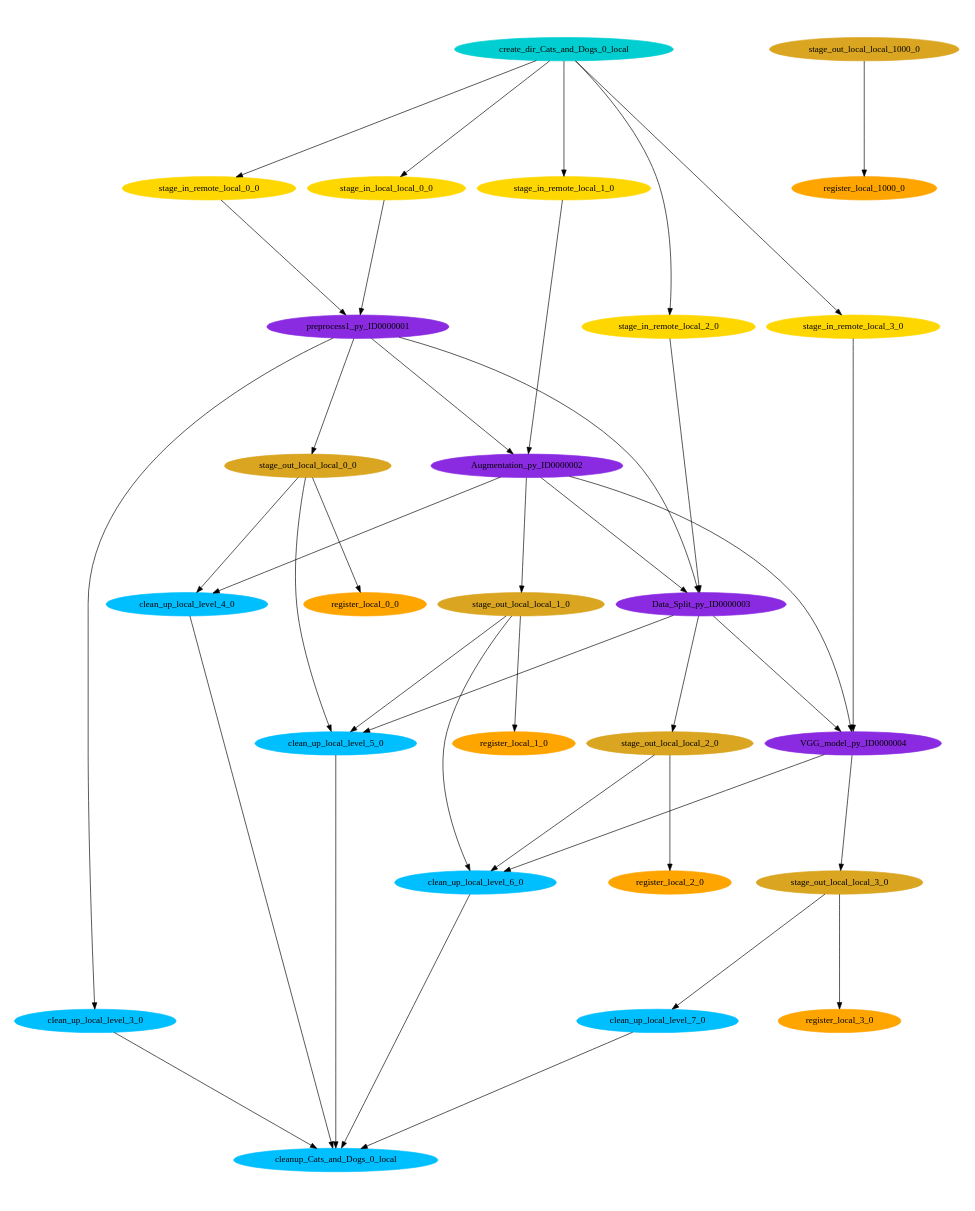
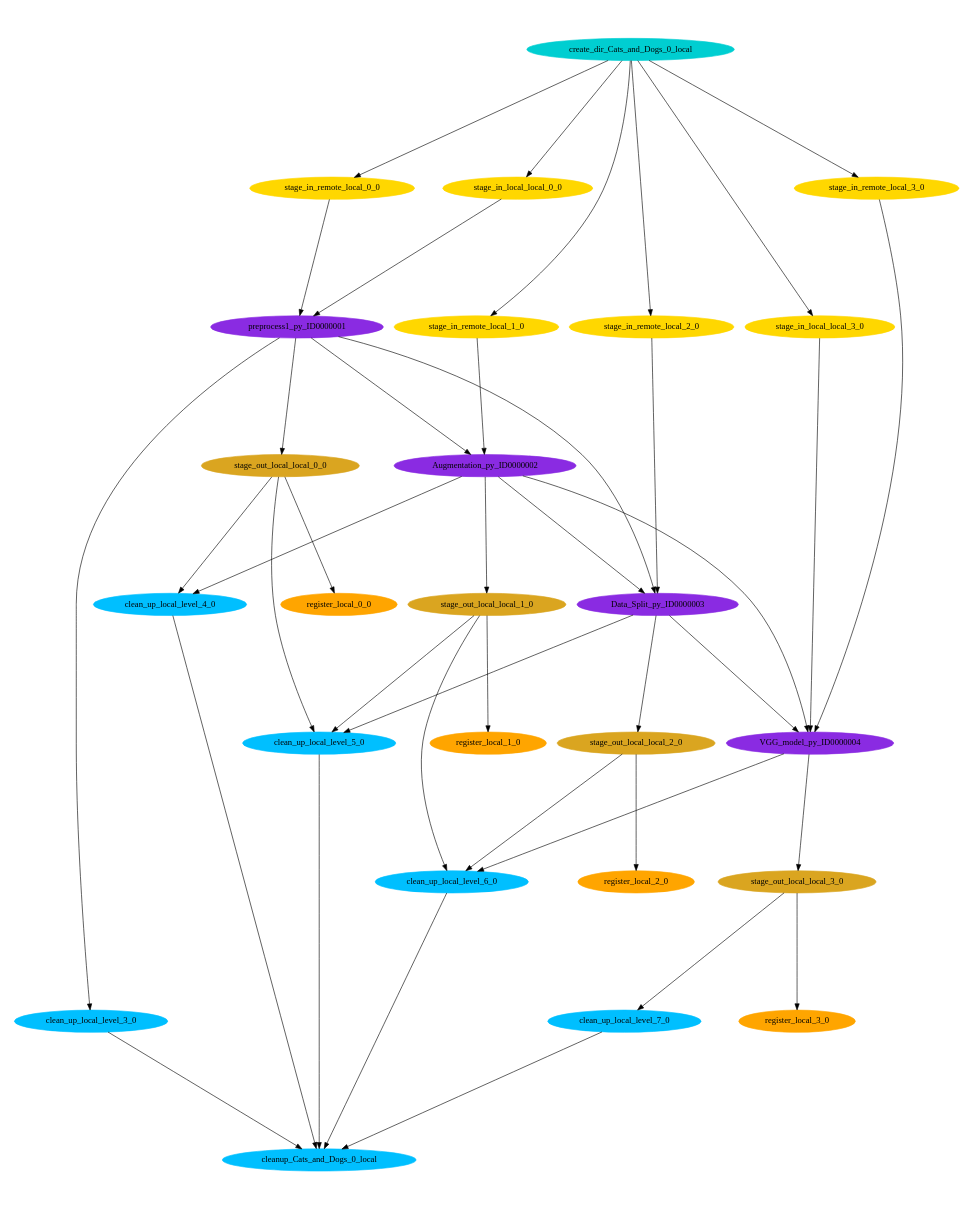
The diagram in shared-data/CatsAndDogs/scitech/pegasus/Cats_and_Dogs/run0002/Cats_and_Dogs-0.dot (ssrujanaa/Scientific-Workflows), drawn with Graphviz before and after one commit. The commit also changed 14259 other files, not shown here.

```diff
--- a/shared-data/CatsAndDogs/scitech/pegasus/Cats_and_Dogs/run0002/Cats_and_Dogs-0.dot
+++ b/shared-data/CatsAndDogs/scitech/pegasus/Cats_and_Dogs/run0002/Cats_and_Dogs-0.dot
@@ -1,72 +1,72 @@
 digraph E {
 size="8.0,10.0"
 ratio=fill
 node [shape=ellipse]
 edge [arrowhead=normal, arrowsize=1.0]
 	"stage_in_remote_local_2_0" [color=gold,style=filled,label="stage_in_remote_local_2_0"]
 	"cleanup_Cats_and_Dogs_0_local" [color=deepskyblue,style=filled,label="cleanup_Cats_and_Dogs_0_local"]
 	"stage_in_remote_local_1_0" [color=gold,style=filled,label="stage_in_remote_local_1_0"]
 	"stage_in_remote_local_0_0" [color=gold,style=filled,label="stage_in_remote_local_0_0"]
 	"clean_up_local_level_3_0" [color=deepskyblue,style=filled,label="clean_up_local_level_3_0"]
 	"preprocess1_py_ID0000001" [color=blueviolet,style=filled,label="preprocess1_py_ID0000001"]
 	"clean_up_local_level_4_0" [color=deepskyblue,style=filled,label="clean_up_local_level_4_0"]
 	"clean_up_local_level_5_0" [color=deepskyblue,style=filled,label="clean_up_local_level_5_0"]
 	"clean_up_local_level_6_0" [color=deepskyblue,style=filled,label="clean_up_local_level_6_0"]
 	"clean_up_local_level_7_0" [color=deepskyblue,style=filled,label="clean_up_local_level_7_0"]
 	"stage_in_local_local_0_0" [color=gold,style=filled,label="stage_in_local_local_0_0"]
+	"stage_in_local_local_3_0" [color=gold,style=filled,label="stage_in_local_local_3_0"]
 	"Data_Split_py_ID0000003" [color=blueviolet,style=filled,label="Data_Split_py_ID0000003"]
 	"stage_in_remote_local_3_0" [color=gold,style=filled,label="stage_in_remote_local_3_0"]
-	"stage_out_local_local_1000_0" [color=goldenrod,style=filled,label="stage_out_local_local_1000_0"]
 	"stage_out_local_local_3_0" [color=goldenrod,style=filled,label="stage_out_local_local_3_0"]
 	"stage_out_local_local_2_0" [color=goldenrod,style=filled,label="stage_out_local_local_2_0"]
 	"stage_out_local_local_1_0" [color=goldenrod,style=filled,label="stage_out_local_local_1_0"]
 	"VGG_model_py_ID0000004" [color=blueviolet,style=filled,label="VGG_model_py_ID0000004"]
 	"stage_out_local_local_0_0" [color=goldenrod,style=filled,label="stage_out_local_local_0_0"]
-	"register_local_1000_0" [color=orange,style=filled,label="register_local_1000_0"]
 	"Augmentation_py_ID0000002" [color=blueviolet,style=filled,label="Augmentation_py_ID0000002"]
 	"create_dir_Cats_and_Dogs_0_local" [color=darkturquoise,style=filled,label="create_dir_Cats_and_Dogs_0_local"]
 	"register_local_3_0" [color=orange,style=filled,label="register_local_3_0"]
 	"register_local_2_0" [color=orange,style=filled,label="register_local_2_0"]
 	"register_local_1_0" [color=orange,style=filled,label="register_local_1_0"]
 	"register_local_0_0" [color=orange,style=filled,label="register_local_0_0"]
 
 	"stage_in_remote_local_2_0" -> "Data_Split_py_ID0000003"
 	"stage_in_remote_local_1_0" -> "Augmentation_py_ID0000002"
 	"stage_in_remote_local_0_0" -> "preprocess1_py_ID0000001"
 	"clean_up_local_level_3_0" -> "cleanup_Cats_and_Dogs_0_local"
+	"preprocess1_py_ID0000001" -> "Augmentation_py_ID0000002"
 	"preprocess1_py_ID0000001" -> "Data_Split_py_ID0000003"
-	"preprocess1_py_ID0000001" -> "Augmentation_py_ID0000002"
 	"preprocess1_py_ID0000001" -> "clean_up_local_level_3_0"
 	"preprocess1_py_ID0000001" -> "stage_out_local_local_0_0"
 	"clean_up_local_level_4_0" -> "cleanup_Cats_and_Dogs_0_local"
 	"clean_up_local_level_5_0" -> "cleanup_Cats_and_Dogs_0_local"
 	"clean_up_local_level_6_0" -> "cleanup_Cats_and_Dogs_0_local"
 	"clean_up_local_level_7_0" -> "cleanup_Cats_and_Dogs_0_local"
 	"stage_in_local_local_0_0" -> "preprocess1_py_ID0000001"
+	"stage_in_local_local_3_0" -> "VGG_model_py_ID0000004"
 	"Data_Split_py_ID0000003" -> "stage_out_local_local_2_0"
 	"Data_Split_py_ID0000003" -> "VGG_model_py_ID0000004"
 	"Data_Split_py_ID0000003" -> "clean_up_local_level_5_0"
 	"stage_in_remote_local_3_0" -> "VGG_model_py_ID0000004"
-	"stage_out_local_local_1000_0" -> "register_local_1000_0"
 	"stage_out_local_local_3_0" -> "register_local_3_0"
 	"stage_out_local_local_3_0" -> "clean_up_local_level_7_0"
 	"stage_out_local_local_2_0" -> "register_local_2_0"
 	"stage_out_local_local_2_0" -> "clean_up_local_level_6_0"
 	"stage_out_local_local_1_0" -> "register_local_1_0"
 	"stage_out_local_local_1_0" -> "clean_up_local_level_5_0"
 	"stage_out_local_local_1_0" -> "clean_up_local_level_6_0"
 	"VGG_model_py_ID0000004" -> "stage_out_local_local_3_0"
 	"VGG_model_py_ID0000004" -> "clean_up_local_level_6_0"
 	"stage_out_local_local_0_0" -> "register_local_0_0"
 	"stage_out_local_local_0_0" -> "clean_up_local_level_4_0"
 	"stage_out_local_local_0_0" -> "clean_up_local_level_5_0"
 	"Augmentation_py_ID0000002" -> "Data_Split_py_ID0000003"
 	"Augmentation_py_ID0000002" -> "stage_out_local_local_1_0"
 	"Augmentation_py_ID0000002" -> "VGG_model_py_ID0000004"
 	"Augmentation_py_ID0000002" -> "clean_up_local_level_4_0"
 	"create_dir_Cats_and_Dogs_0_local" -> "stage_in_remote_local_2_0"
 	"create_dir_Cats_and_Dogs_0_local" -> "stage_in_remote_local_1_0"
 	"create_dir_Cats_and_Dogs_0_local" -> "stage_in_remote_local_0_0"
 	"create_dir_Cats_and_Dogs_0_local" -> "stage_in_local_local_0_0"
+	"create_dir_Cats_and_Dogs_0_local" -> "stage_in_local_local_3_0"
 	"create_dir_Cats_and_Dogs_0_local" -> "stage_in_remote_local_3_0"
 }
```
